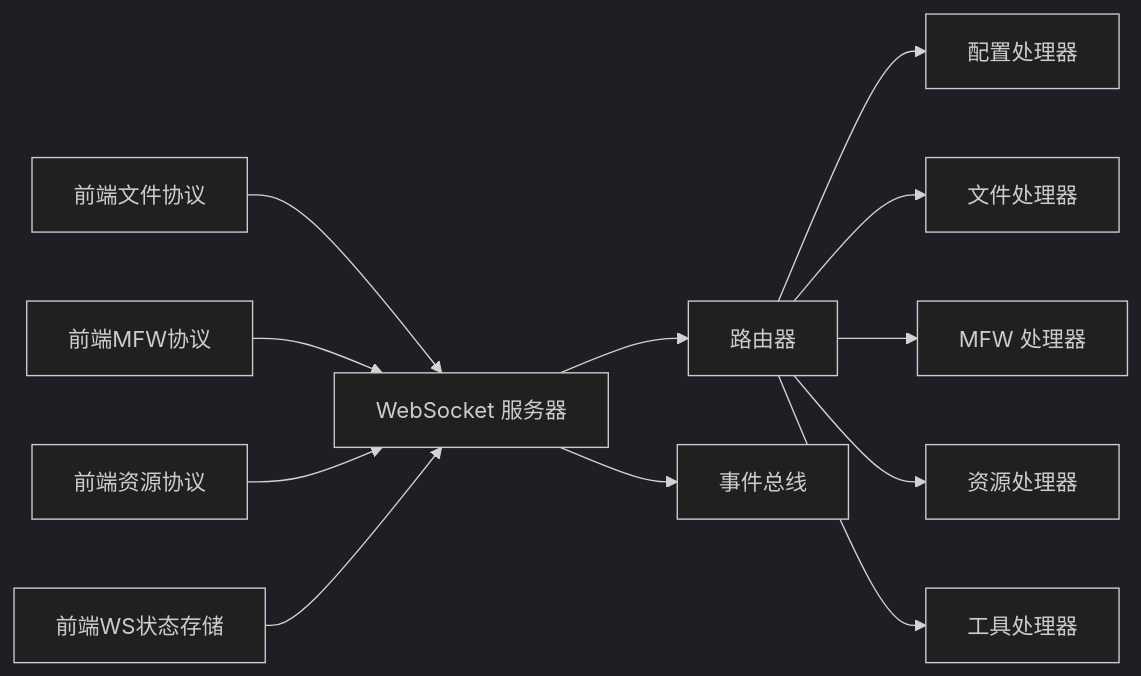
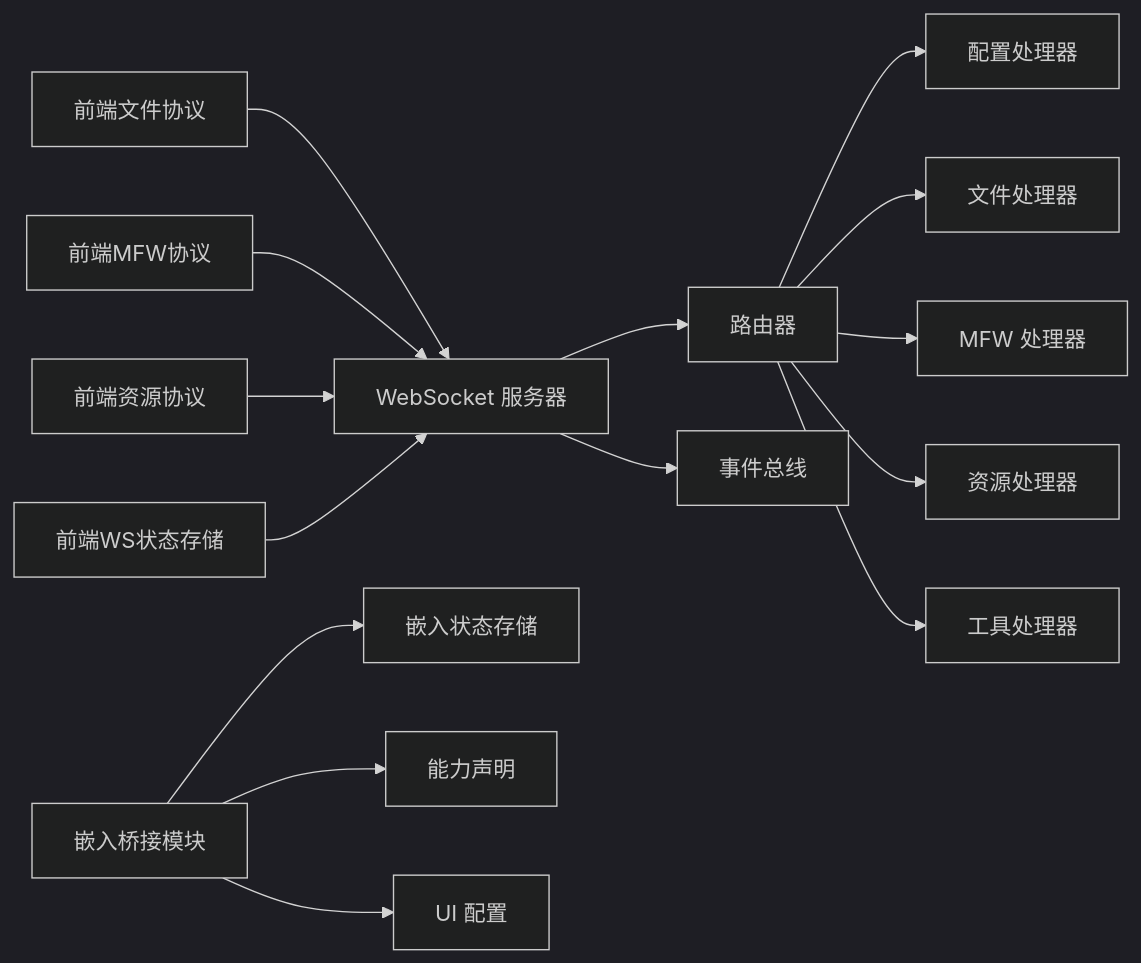
One commit to kqcoxn/MaaPipelineEditor changed the eighth of 8 diagrams in .qoder/repowiki/zh/content/核心概念/通信协议/通信协议.md. Above: the diagram before and after it, drawn with Mermaid (dark theme). The commit also changed other lines of this file and 5 other files, not shown here.

````diff
--- a/.qoder/repowiki/zh/content/核心概念/通信协议/通信协议.md
+++ b/.qoder/repowiki/zh/content/核心概念/通信协议/通信协议.md
@@ -320,14 +558,17 @@
 ```mermaid
 graph LR
 RT["路由器"] --> CFG["配置处理器"]
 RT --> FLP["文件处理器"]
 RT --> MFW["MFW 处理器"]
 RT --> RES["资源处理器"]
 RT --> UTL["工具处理器"]
 WS["WebSocket 服务器"] --> RT
 WS --> EB["事件总线"]
 FP["前端文件协议"] --> WS
 MP["前端MFW协议"] --> WS
 RP["前端资源协议"] --> WS
 WSStore["前端WS状态存储"] --> WS
+EMB["嵌入桥接模块"] --> EMBStore["嵌入状态存储"]
+EMB --> CAP["能力声明"]
+EMB --> UI["UI 配置"]
 ```
````
